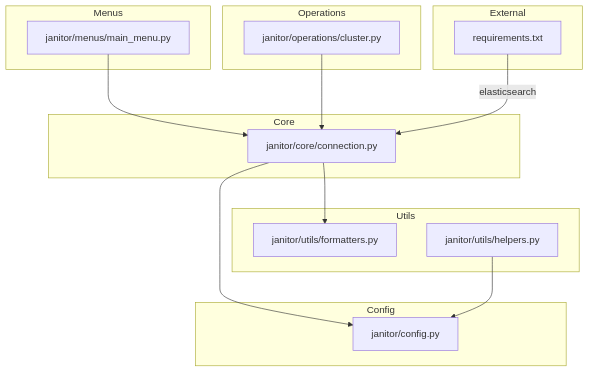
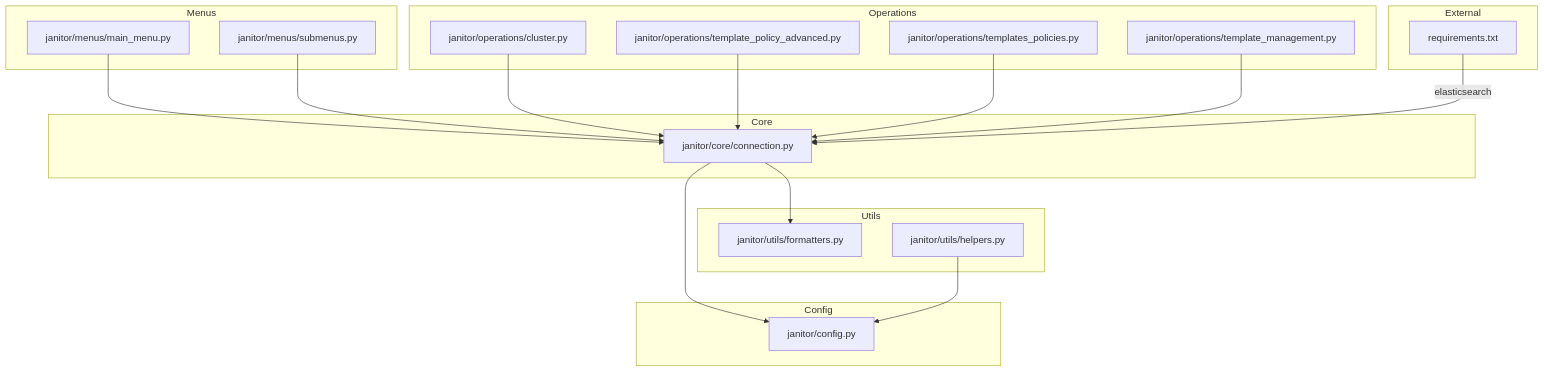
Before and after one commit to austinsonger/elastic-janitor: the first of 6 diagrams in .qoder/repowiki/en/content/API Reference/Core Modules.md, drawn with Mermaid. The commit also changed other lines of this file and 51 other files, not shown here.

````diff
--- a/.qoder/repowiki/en/content/API Reference/Core Modules.md
+++ b/.qoder/repowiki/en/content/API Reference/Core Modules.md
@@ -32,28 +45,36 @@
 ```mermaid
 graph TB
 subgraph "Core"
 C["janitor/core/connection.py"]
 end
 subgraph "Config"
 CFG["janitor/config.py"]
 end
 subgraph "Utils"
 FMT["janitor/utils/formatters.py"]
 HELP["janitor/utils/helpers.py"]
 end
 subgraph "Menus"
 MM["janitor/menus/main_menu.py"]
+SUB["janitor/menus/submenus.py"]
 end
 subgraph "Operations"
 CL["janitor/operations/cluster.py"]
+TPA["janitor/operations/template_policy_advanced.py"]
+TPL["janitor/operations/templates_policies.py"]
+TM["janitor/operations/template_management.py"]
 end
 subgraph "External"
 REQ["requirements.txt"]
 end
 MM --> C
+SUB --> C
 CL --> C
+TPA --> C
+TPL --> C
+TM --> C
 C --> CFG
 C --> FMT
 HELP --> CFG
 REQ --> |"elasticsearch"| C
 ```
````
